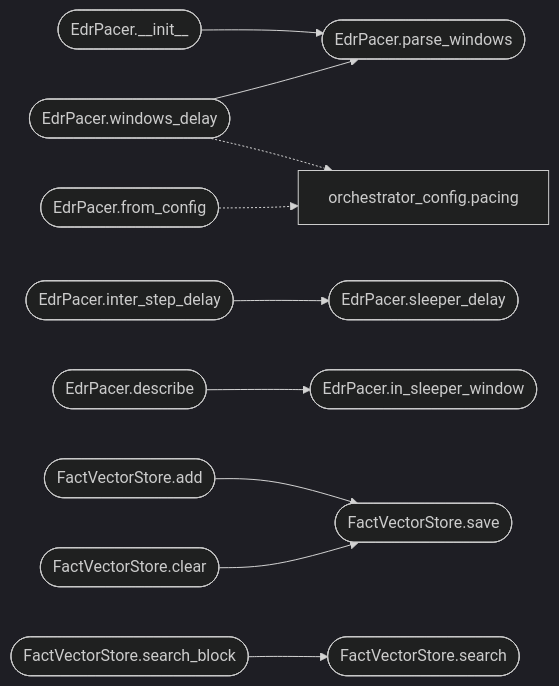
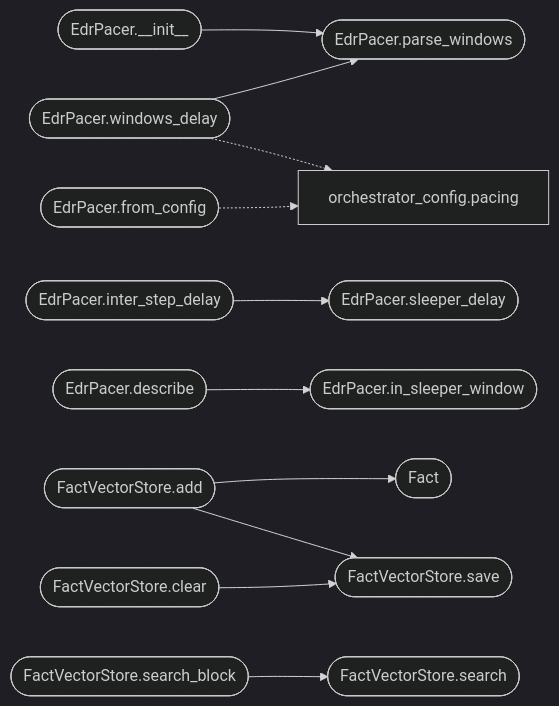
The second of 2 diagrams in readmenator-apidocs/modules/modules.loop_guardrails.py.md (grisuno/LazyOwn), drawn with Mermaid (dark theme) before and after one commit. The commit also changed other lines of this file and 464 other files, not shown here.

````diff
--- a/readmenator-apidocs/modules/modules.loop_guardrails.py.md
+++ b/readmenator-apidocs/modules/modules.loop_guardrails.py.md
@@ -79,26 +89,28 @@
 ```mermaid
 flowchart LR
     n_modules_loop_guardrails_py__EdrPacer___init__(["EdrPacer.__init__"])
     n_modules_loop_guardrails_py__EdrPacer_parse_windows(["EdrPacer.parse_windows"])
     n_modules_loop_guardrails_py__EdrPacer_windows_delay(["EdrPacer.windows_delay"])
     n_modules_loop_guardrails_py__EdrPacer_inter_step_delay(["EdrPacer.inter_step_delay"])
     n_modules_loop_guardrails_py__EdrPacer_sleeper_delay(["EdrPacer.sleeper_delay"])
     n_modules_loop_guardrails_py__EdrPacer_describe(["EdrPacer.describe"])
     n_modules_loop_guardrails_py__EdrPacer_in_sleeper_window(["EdrPacer.in_sleeper_window"])
     n_modules_loop_guardrails_py__FactVectorStore_add(["FactVectorStore.add"])
+    n_modules_loop_guardrails_py__Fact(["Fact"])
     n_modules_loop_guardrails_py__FactVectorStore_save(["FactVectorStore.save"])
     n_modules_loop_guardrails_py__FactVectorStore_search_block(["FactVectorStore.search_block"])
     n_modules_loop_guardrails_py__FactVectorStore_search(["FactVectorStore.search"])
     n_modules_loop_guardrails_py__FactVectorStore_clear(["FactVectorStore.clear"])
     n_modules_loop_guardrails_py__EdrPacer_from_config(["EdrPacer.from_config"])
     n_modules_orchestrator_config_py__pacing["orchestrator_config.pacing"]
     n_modules_loop_guardrails_py__EdrPacer___init__ --> n_modules_loop_guardrails_py__EdrPacer_parse_windows
     n_modules_loop_guardrails_py__EdrPacer_windows_delay --> n_modules_loop_guardrails_py__EdrPacer_parse_windows
     n_modules_loop_guardrails_py__EdrPacer_inter_step_delay --> n_modules_loop_guardrails_py__EdrPacer_sleeper_delay
     n_modules_loop_guardrails_py__EdrPacer_describe --> n_modules_loop_guardrails_py__EdrPacer_in_sleeper_window
+    n_modules_loop_guardrails_py__FactVectorStore_add --> n_modules_loop_guardrails_py__Fact
     n_modules_loop_guardrails_py__FactVectorStore_add --> n_modules_loop_guardrails_py__FactVectorStore_save
     n_modules_loop_guardrails_py__FactVectorStore_search_block --> n_modules_loop_guardrails_py__FactVectorStore_search
     n_modules_loop_guardrails_py__FactVectorStore_clear --> n_modules_loop_guardrails_py__FactVectorStore_save
     n_modules_loop_guardrails_py__EdrPacer_from_config -.-> n_modules_orchestrator_config_py__pacing
     n_modules_loop_guardrails_py__EdrPacer_windows_delay -.-> n_modules_orchestrator_config_py__pacing
 ```
````
